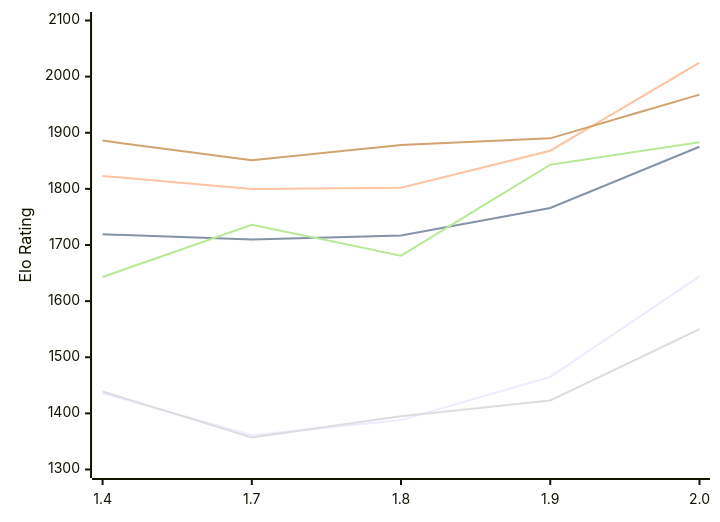
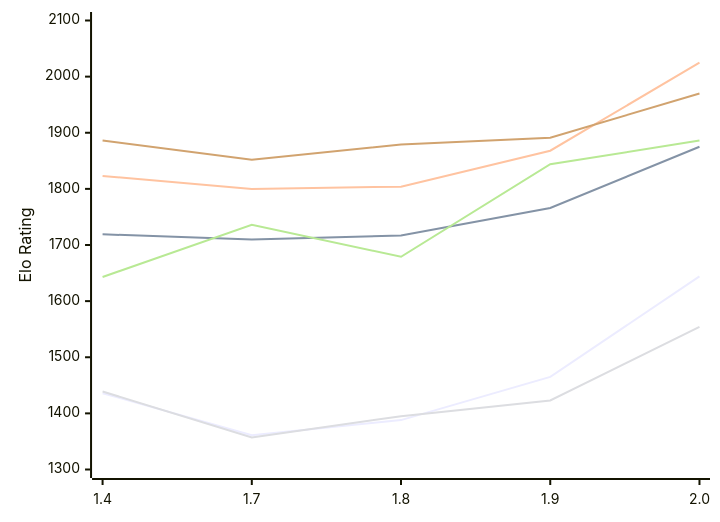
The diagram in engines/Russell.md (computer-chess-index/cci), drawn with Mermaid before and after one commit. The commit also changed other lines of this file, not shown here.

Commit message:
Update CCI Ratings (ELO VLTC) - 2026-11-27

````diff
--- a/engines/Russell.md
+++ b/engines/Russell.md
@@ -55,12 +55,12 @@
 ```mermaid
 %%{init: {"theme":"base","themeVariables":{"seriesColors:['#a3a3a3','#222221','#faa371']}}}%%
 xychart-beta
   x-axis ["1.4", "1.7", "1.8", "1.9", "2.0"]
   y-axis "Elo Rating" 1300 --> 2100
   line "E1: STC (8.0+0.08s)" [1436, 1361, 1388, 1465, 1644]
   line "E1: LTC (60.0+0.60s)" [1719, 1710, 1717, 1766, 1875]
-  line "E1: VLTC (2m24s+1.12s)" [1823, 1800, 1802, 1868, 2025]
-  line "P1: STC (8.0+0.08s)" [1439, 1357, 1395, 1423, 1550]
-  line "P1: LTC (60.0+0.60s)" [1643, 1736, 1681, 1843, 1883]
-  line "P1: VLTC (2m24s+1.12s)" [1886, 1851, 1878, 1890, 1968]
+  line "E1: VLTC (2m24s+1.12s)" [1823, 1800, 1804, 1868, 2025]
+  line "P1: STC (8.0+0.08s)" [1439, 1357, 1395, 1423, 1554]
+  line "P1: LTC (60.0+0.60s)" [1643, 1736, 1679, 1844, 1886]
+  line "P1: VLTC (2m24s+1.12s)" [1886, 1852, 1879, 1891, 1970]
 ```
````
